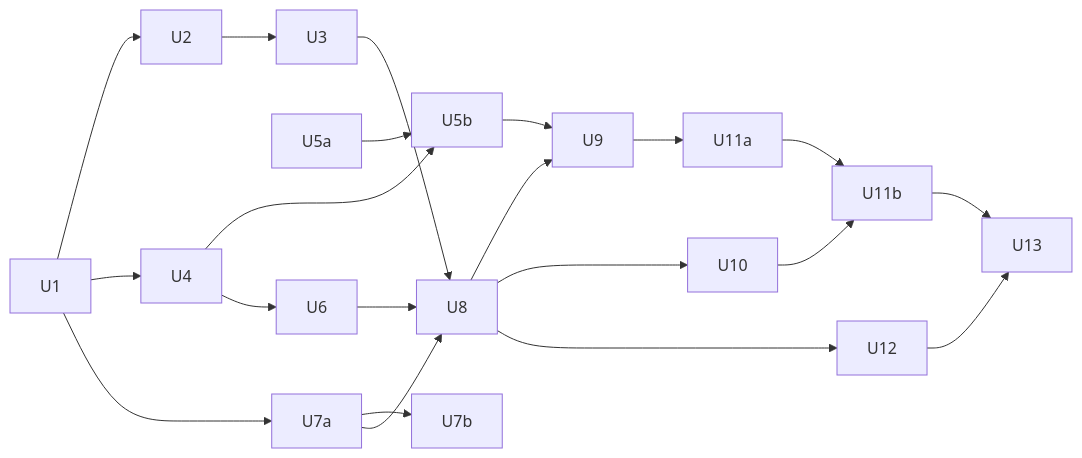
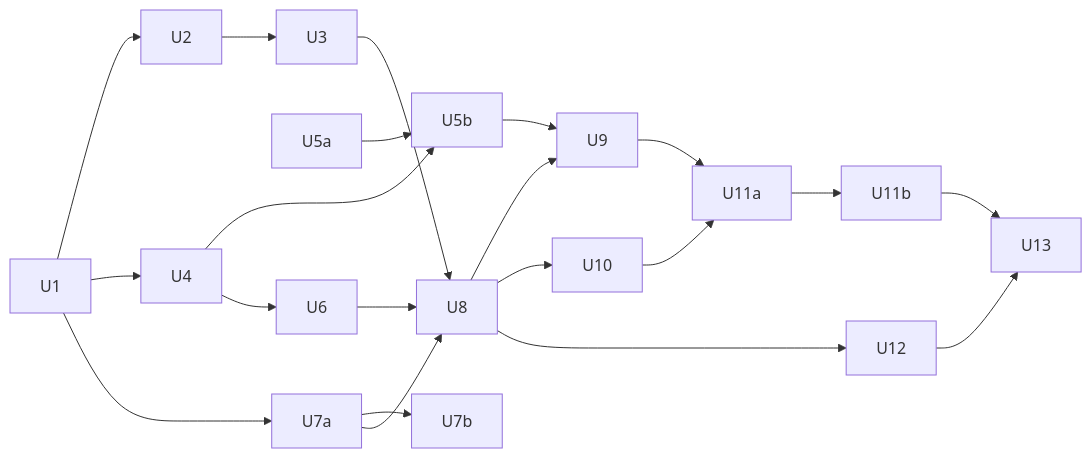
One commit to devbasex/ai-plugins changed the diagram in issues/issue-3604-3864-plan.md. Above: the diagram before and after it, drawn with Mermaid. The commit also changed other lines of this file and 1 other file, not shown here.

````diff
--- a/issues/issue-3604-3864-plan.md
+++ b/issues/issue-3604-3864-plan.md
@@ -232,19 +232,19 @@
 ```mermaid
 flowchart LR
   U1 --> U2 --> U3
   U1 --> U4 --> U5b
   U5a --> U5b
   U4 --> U6
   U1 --> U7a --> U7b
   U3 --> U8
   U6 --> U8
   U7a --> U8
   U8 --> U9
   U5b --> U9
   U8 --> U10
   U9 --> U11a --> U11b
-  U10 --> U11b
+  U10 --> U11a
   U8 --> U12
   U11b --> U13
   U12 --> U13
 ```
````
